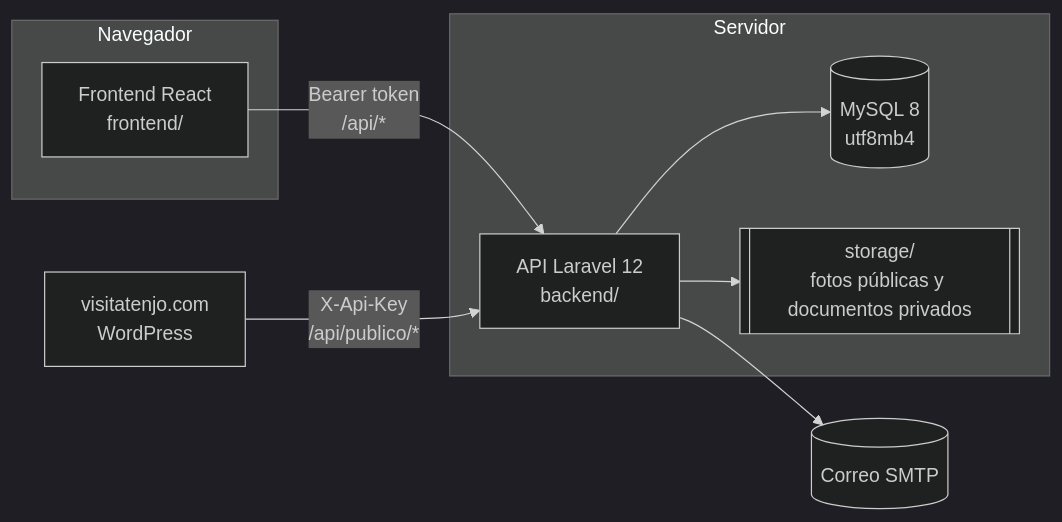
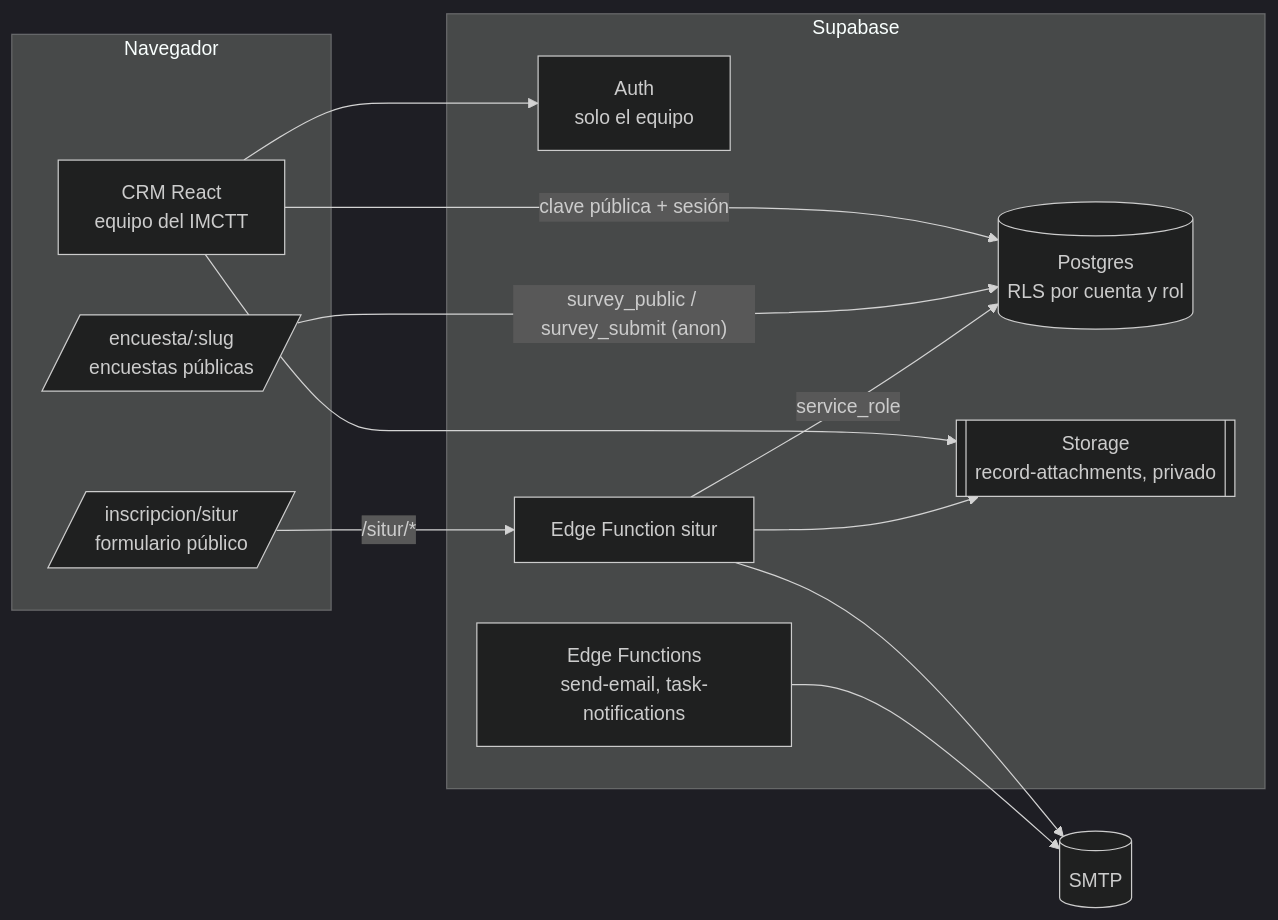
Before and after one commit to Dreinova/situr-docs: the first of 2 diagrams in docs/tecnico/arquitectura.md, drawn with Mermaid (dark theme). The commit also changed other lines of this file and 25 other files, not shown here.

````diff
--- a/docs/tecnico/arquitectura.md
+++ b/docs/tecnico/arquitectura.md
@@ -10,18 +13,25 @@
 ```mermaid
 flowchart LR
     subgraph Navegador
-      SPA[Frontend React<br/>frontend/]
+      CRM[CRM React<br/>equipo del IMCTT]
+      FORM[/inscripcion/situr<br/>formulario público/]
+      ENC[/encuesta/:slug<br/>encuestas públicas/]
     end
-    subgraph Servidor
-      API[API Laravel 12<br/>backend/]
-      DB[(MySQL 8<br/>utf8mb4)]
-      FS[[storage/<br/>fotos públicas y documentos privados]]
+    subgraph Supabase
+      DB[(Postgres<br/>RLS por cuenta y rol)]
+      AUTH[Auth<br/>solo el equipo]
+      ST[[Storage<br/>record-attachments, privado]]
+      FN[Edge Function situr]
+      MAIL[Edge Functions<br/>send-email, task-notifications]
     end
-    WP[visitatenjo.com<br/>WordPress]
-    SMTP[(Correo SMTP)]
-    SPA -- "Bearer token<br/>/api/*" --> API
-    WP -- "X-Api-Key<br/>/api/publico/*" --> API
-    API --> DB
-    API --> FS
-    API --> SMTP
+    SMTP[(SMTP)]
+    CRM -- "clave pública + sesión" --> DB
+    CRM --> AUTH
+    CRM --> ST
+    FORM -- "/situr/*" --> FN
+    ENC -- "survey_public / survey_submit (anon)" --> DB
+    FN -- service_role --> DB
+    FN --> ST
+    FN --> SMTP
+    MAIL --> SMTP
 ```
````
